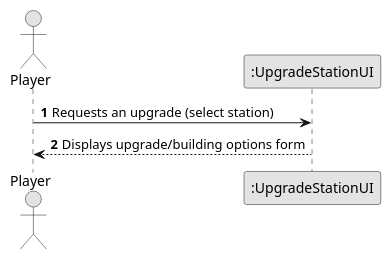
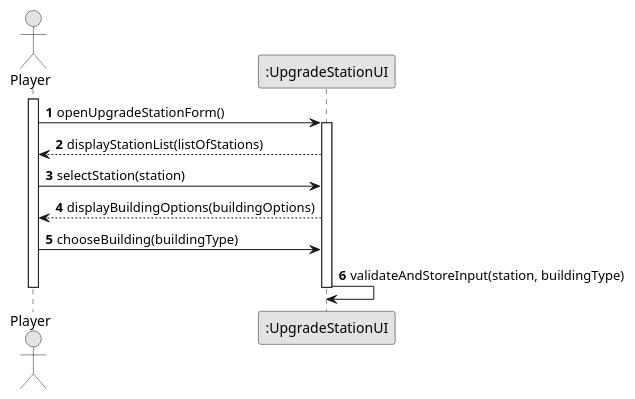
The diagram in docs/system-documentation/US006/03.design/puml/US006-SD-getInput.puml (goncalolopesp/sem2-pi-24.25-g093-repo), drawn with PlantUML before and after one commit. The commit also changed 7 other files, not shown here.

```diff
--- a/docs/system-documentation/US006/03.design/puml/US006-SD-getInput.puml
+++ b/docs/system-documentation/US006/03.design/puml/US006-SD-getInput.puml
@@ -1,14 +1,26 @@
 @startuml US006-SD-getInput
 skinparam monochrome true
 skinparam packageStyle rectangle
 skinparam shadowing false
-
 autonumber
 
 actor "Player" as Player
 participant ":UpgradeStationUI" as UpgradeUI
 
-Player -> UpgradeUI : Requests an upgrade (select station)
-UpgradeUI --> Player : Displays upgrade/building options form
+activate Player
+Player -> UpgradeUI: openUpgradeStationForm()
+activate UpgradeUI
 
+UpgradeUI --> Player: displayStationList(listOfStations)
+
+Player -> UpgradeUI: selectStation(station)
+
+UpgradeUI --> Player: displayBuildingOptions(buildingOptions)
+
+Player -> UpgradeUI: chooseBuilding(buildingType)
+
+UpgradeUI -> UpgradeUI: validateAndStoreInput(station, buildingType)
+
+deactivate UpgradeUI
+deactivate Player
 @enduml
```
